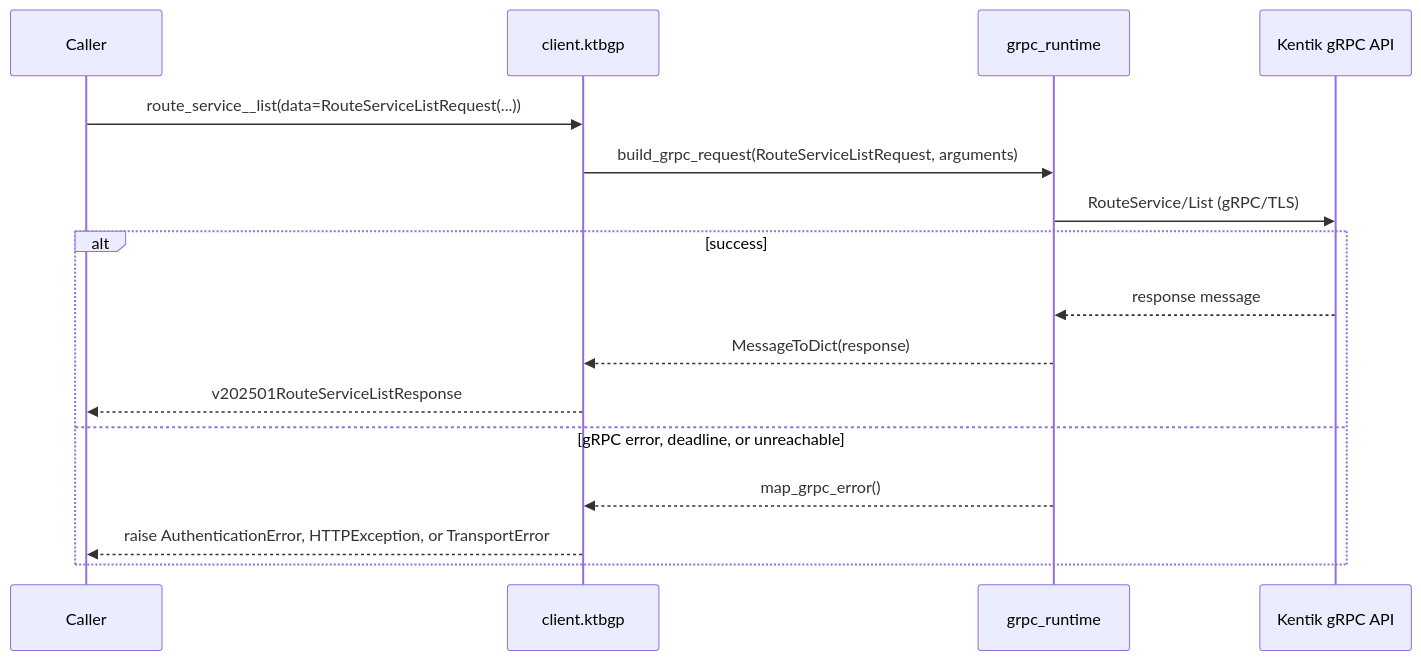
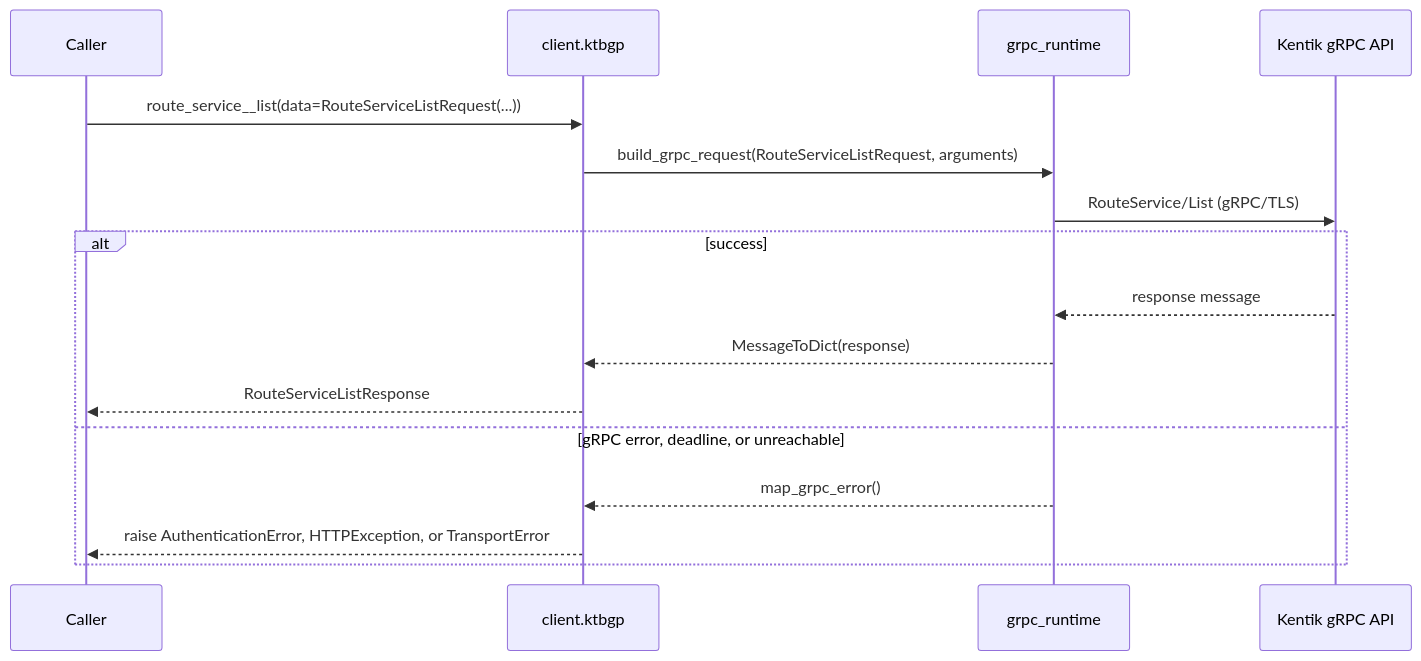
One commit to alexdearaujo/community_sdk_python changed the fifth of 8 diagrams in docs/sphinx/services/ktbgp.md. Above: the diagram before and after it, drawn with Mermaid. The commit also changed other lines of this file and 38 other files, not shown here.

````diff
--- a/docs/sphinx/services/ktbgp.md
+++ b/docs/sphinx/services/ktbgp.md
@@ -131,19 +131,19 @@
 ```mermaid
 sequenceDiagram
     participant C as Caller
     participant W as client.ktbgp
     participant R as grpc_runtime
     participant API as Kentik gRPC API
 
     C->>W: route_service__list(data=RouteServiceListRequest(...))
     W->>R: build_grpc_request(RouteServiceListRequest, arguments)
     R->>API: RouteService/List (gRPC/TLS)
     alt success
         API-->>R: response message
         R-->>W: MessageToDict(response)
-        W-->>C: v202501RouteServiceListResponse
+        W-->>C: RouteServiceListResponse
     else gRPC error, deadline, or unreachable
         R-->>W: map_grpc_error()
         W-->>C: raise AuthenticationError, HTTPException, or TransportError
     end
 ```
````
